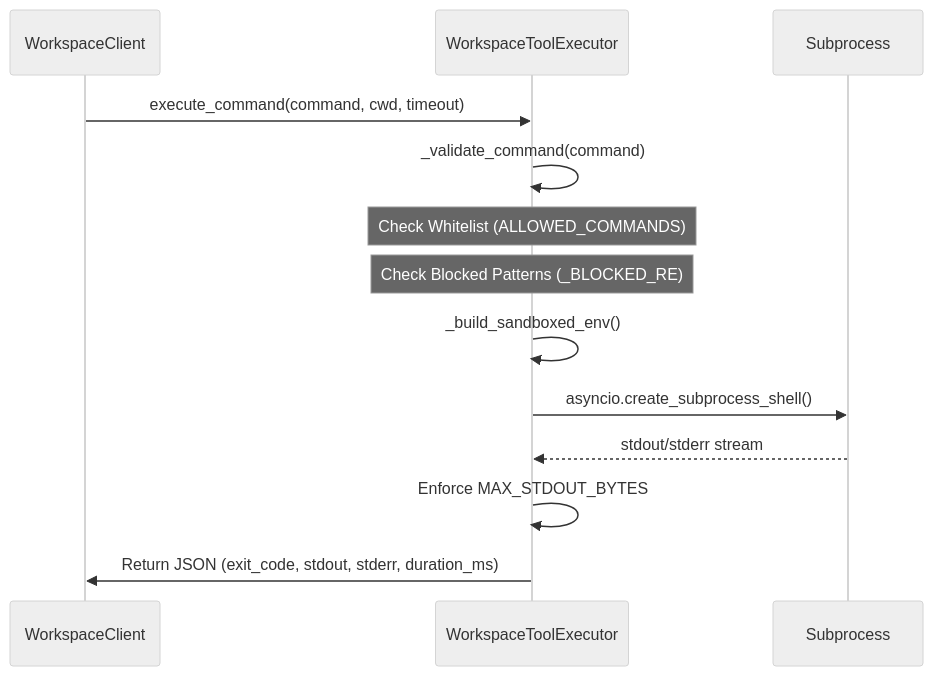
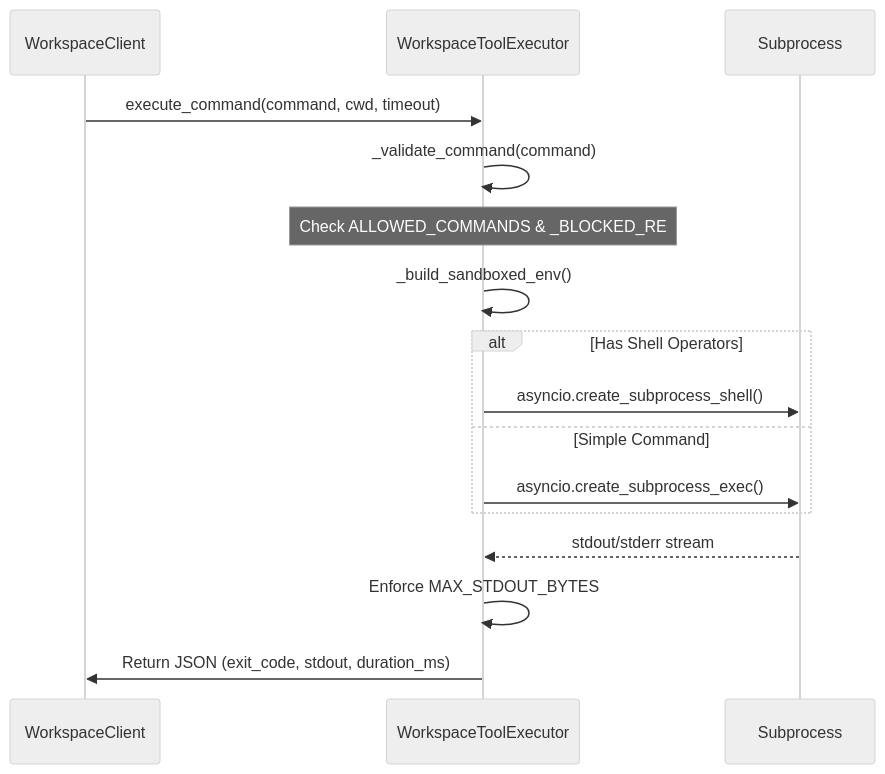
Before and after one commit to AutomatosAI/automatos-ai: the second of 2 diagrams in docs/workspace-execution/file-operations-command-execution.md, drawn with Mermaid (neutral theme). The commit also changed other lines of this file and 153 other files, not shown here.

````diff
--- a/docs/workspace-execution/file-operations-command-execution.md
+++ b/docs/workspace-execution/file-operations-command-execution.md
@@ -99,16 +94,19 @@
 ```mermaid
 sequenceDiagram
     participant C as WorkspaceClient
     participant E as WorkspaceToolExecutor
     participant S as Subprocess
 
     C->>E: execute_command(command, cwd, timeout)
     E->>E: _validate_command(command)
-    Note over E: Check Whitelist (ALLOWED_COMMANDS)
-    Note over E: Check Blocked Patterns (_BLOCKED_RE)
+    Note over E: Check ALLOWED_COMMANDS & _BLOCKED_RE
     E->>E: _build_sandboxed_env()
-    E->>S: asyncio.create_subprocess_shell()
+    alt Has Shell Operators
+        E->>S: asyncio.create_subprocess_shell()
+    else Simple Command
+        E->>S: asyncio.create_subprocess_exec()
+    end
     S-->>E: stdout/stderr stream
     E->>E: Enforce MAX_STDOUT_BYTES
-    E->>C: Return JSON (exit_code, stdout, stderr, duration_ms)
+    E->>C: Return JSON (exit_code, stdout, duration_ms)
 ```
````
